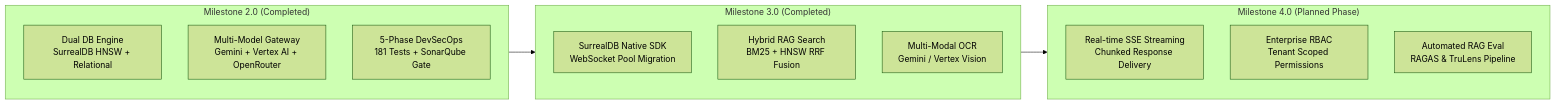
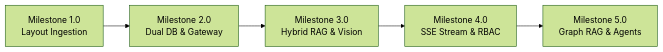
One commit to lucivskvn/AetherOmni changed the diagram in README.md. Above: the diagram before and after it, drawn with Mermaid (forest theme). The commit also changed other lines of this file, not shown here.

````diff
--- a/README.md
+++ b/README.md
@@ -60,22 +62,7 @@
 ```mermaid
 flowchart LR
-    subgraph M2 ["Milestone 2.0 (Completed)"]
-        M2A["Dual DB Engine<br>SurrealDB HNSW + Relational"]
-        M2B["Multi-Model Gateway<br>Gemini + Vertex AI + OpenRouter"]
-        M2C["5-Phase DevSecOps<br>181 Tests + SonarQube Gate"]
-    end
-
-    subgraph M3 ["Milestone 3.0 (Completed)"]
-        M3A["SurrealDB Native SDK<br>WebSocket Pool Migration"]
-        M3B["Hybrid RAG Search<br>BM25 + HNSW RRF Fusion"]
-        M3C["Multi-Modal OCR<br>Gemini / Vertex Vision"]
-    end
-
-    subgraph M4 ["Milestone 4.0 (Planned Phase)"]
-        M4A["Real-time SSE Streaming<br>Chunked Response Delivery"]
-        M4B["Enterprise RBAC<br>Tenant Scoped Permissions"]
-        M4C["Automated RAG Eval<br>RAGAS & TruLens Pipeline"]
-    end
-
-    M2 --> M3 --> M4
+    M1["Milestone 1.0<br>Layout Ingestion"] --> M2["Milestone 2.0<br>Dual DB & Gateway"]
+    M2 --> M3["Milestone 3.0<br>Hybrid RAG & Vision"]
+    M3 --> M4["Milestone 4.0<br>SSE Stream & RBAC"]
+    M4 --> M5["Milestone 5.0<br>Graph RAG & Agents"]
 ```
````
